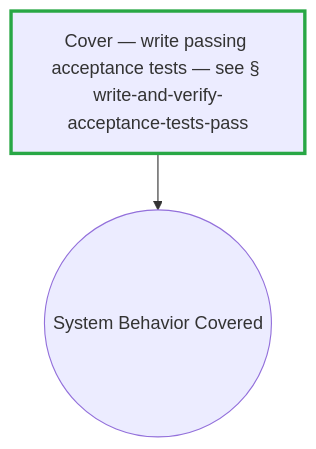
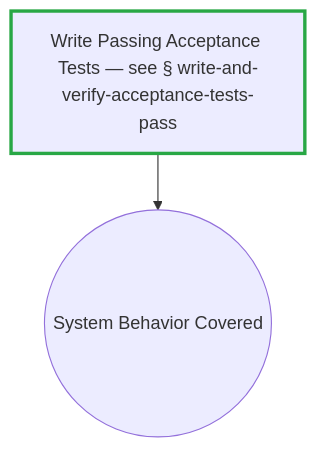
The ninth of 50 diagrams in docs/process-diagram.md (optivem/gh-optivem), drawn with Mermaid before and after one commit. The commit also changed other lines of this file and 6 other files, not shown here.

````diff
--- a/docs/process-diagram.md
+++ b/docs/process-diagram.md
@@ -229,10 +229,10 @@
 ```mermaid
 flowchart TD
     COVER_END((System Behavior Covered))
-    WRITE_AND_VERIFY_ACCEPTANCE_TESTS_PASS[Cover — write passing acceptance tests — see § write-and-verify-acceptance-tests-pass]
+    WRITE_AND_VERIFY_ACCEPTANCE_TESTS_PASS[Write Passing Acceptance Tests — see § write-and-verify-acceptance-tests-pass]
 
     WRITE_AND_VERIFY_ACCEPTANCE_TESTS_PASS --> COVER_END
 
     classDef tddGreenNode stroke:#28a745,stroke-width:3px
     class WRITE_AND_VERIFY_ACCEPTANCE_TESTS_PASS tddGreenNode
 ```
````
